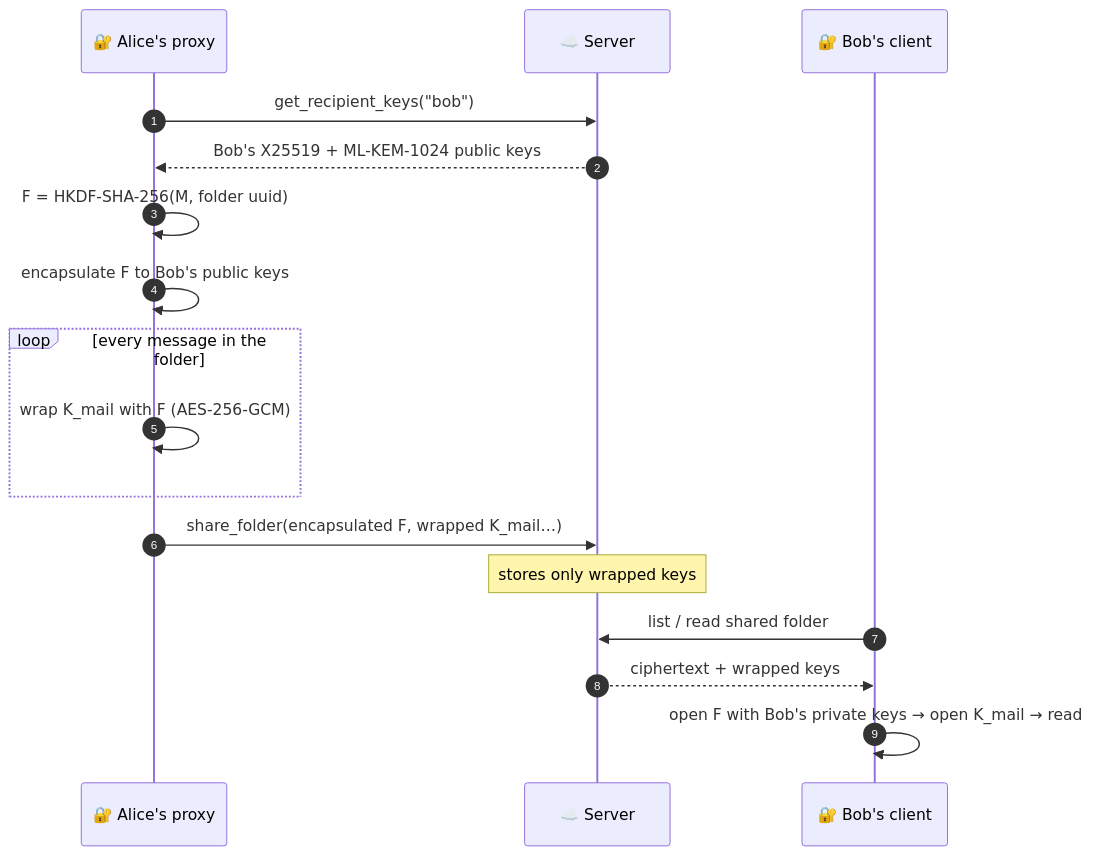
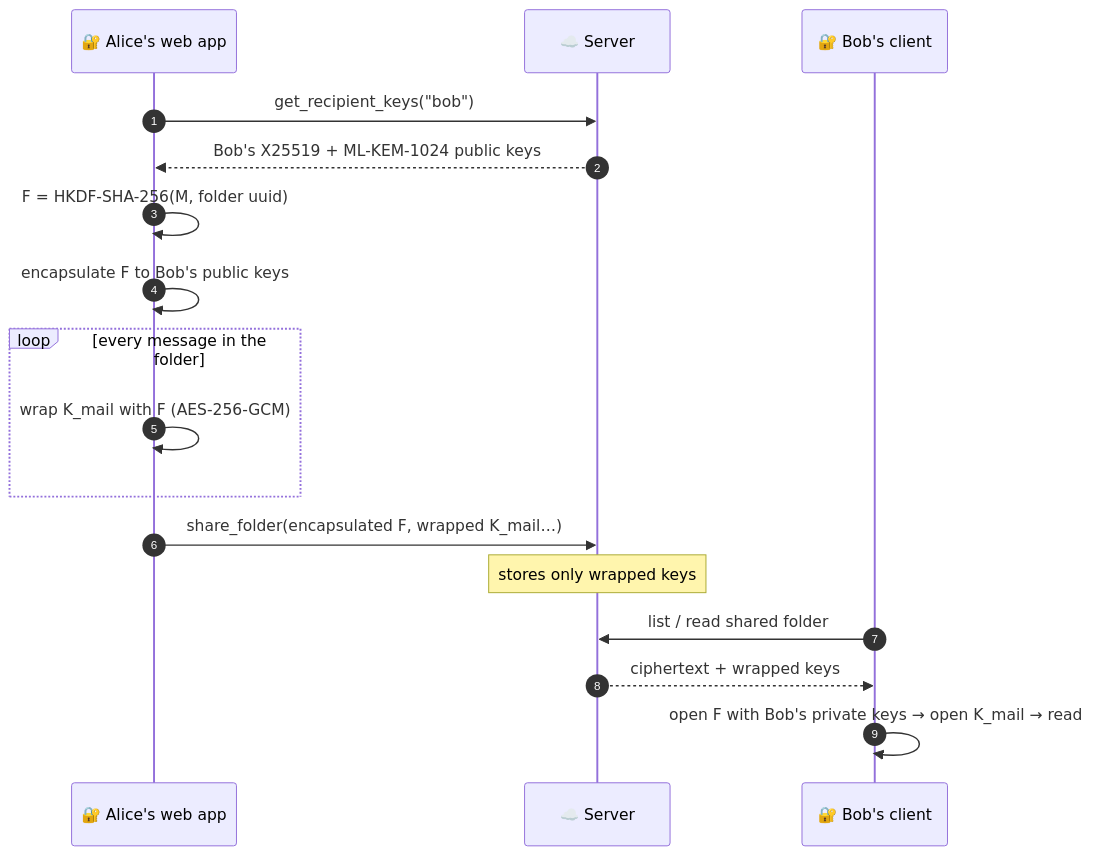
One commit to AiondaDotCom/aionda-mail-mcp-client changed the fifth of 5 diagrams in README.md. Above: the diagram before and after it, drawn with Mermaid. The commit also changed other lines of this file and 5 other files, not shown here.

````diff
--- a/README.md
+++ b/README.md
@@ -167,20 +173,20 @@
 ```mermaid
 sequenceDiagram
     autonumber
-    participant A as 🔐 Alice's proxy
+    participant A as 🔐 Alice's web app
     participant S as ☁️ Server
     participant B as 🔐 Bob's client
 
     A->>S: get_recipient_keys("bob")
     S-->>A: Bob's X25519 + ML-KEM-1024 public keys
     A->>A: F = HKDF-SHA-256(M, folder uuid)
     A->>A: encapsulate F to Bob's public keys
     loop every message in the folder
         A->>A: wrap K_mail with F (AES-256-GCM)
     end
     A->>S: share_folder(encapsulated F, wrapped K_mail…)
     Note over S: stores only wrapped keys
     B->>S: list / read shared folder
     S-->>B: ciphertext + wrapped keys
     B->>B: open F with Bob's private keys → open K_mail → read
 ```
````
